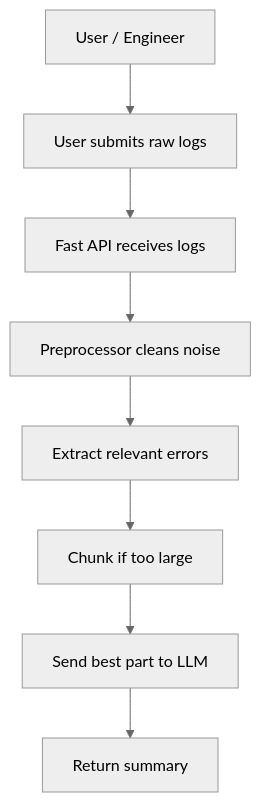
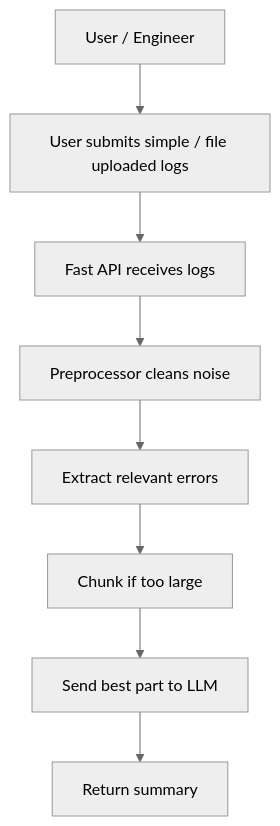
One commit to luizsantos-github/logsage-ai changed the diagram in README.md. Above: the diagram before and after it, drawn with Mermaid (neutral theme). The commit also changed other lines of this file and 7 other files, not shown here.

````diff
--- a/README.md
+++ b/README.md
@@ -40,16 +43,16 @@
 ```mermaid
 flowchart TD
 
-A[User / Engineer] --> B[User submits raw logs]
+A[User / Engineer] --> B[User submits simple / file uploaded logs]
 
 B --> C[Fast API receives logs]
 C --> D[Preprocessor cleans noise]
 
 D --> D1[Extract relevant errors]
 D1 --> D2[Chunk if too large]
 
 D2 --> E[Send best part to LLM]
 
 E --> E1[Return summary]
 
 ```
````
